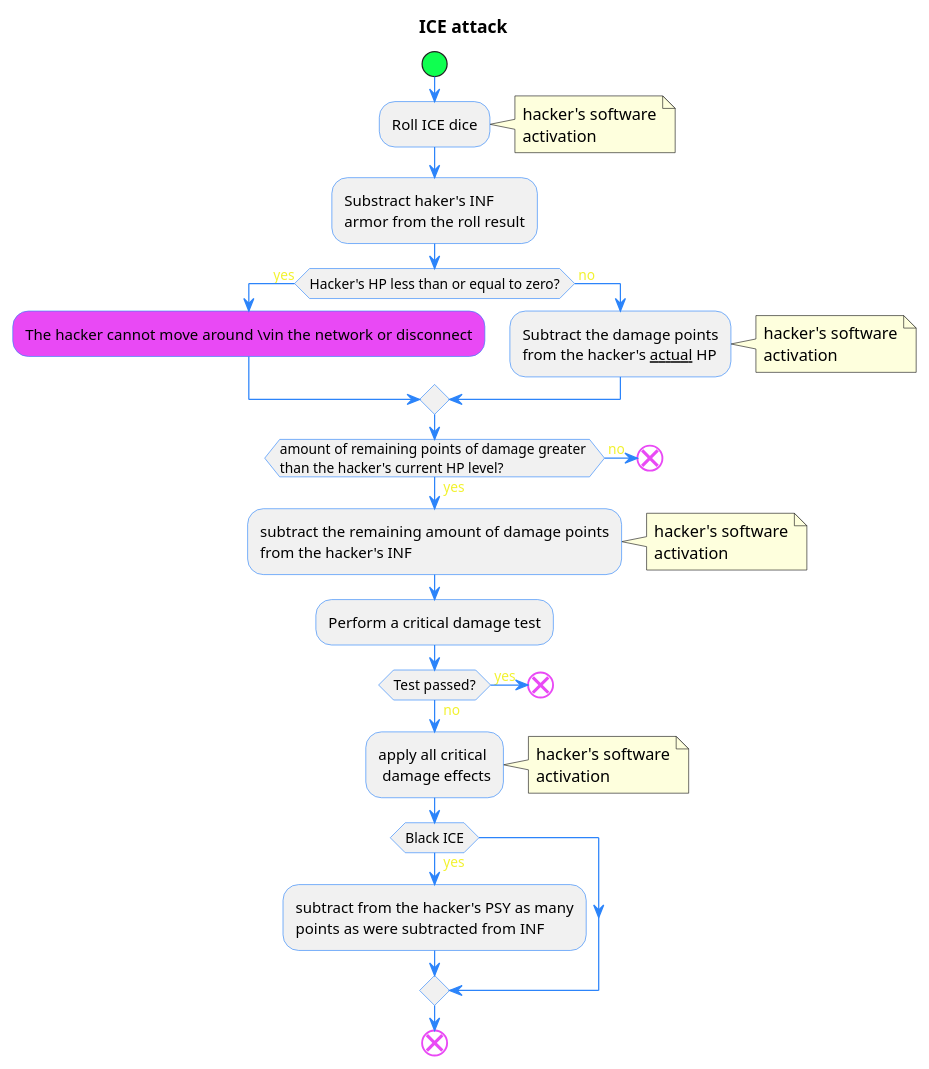
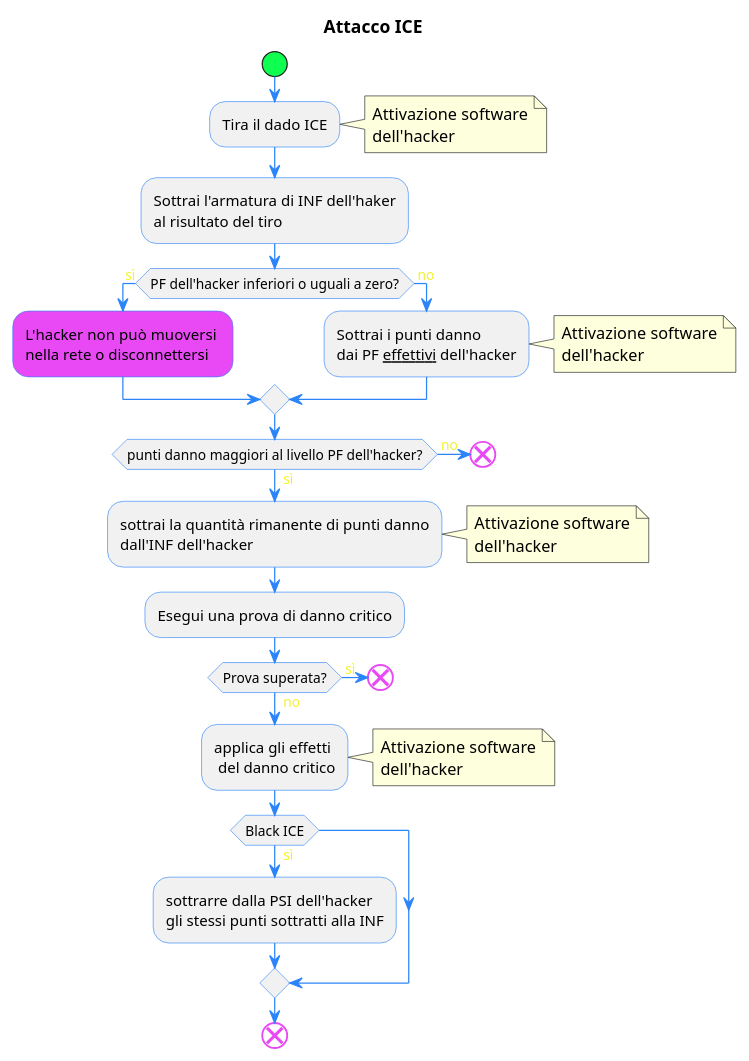
One commit to Italian-Translation-Alliance/cyber-ita changed the fifth of 5 diagrams in datapack/algorithms.plantuml. Above: the diagram before and after it, drawn with PlantUML. The commit also changed other lines of this file and 18 other files, not shown here.

```diff
--- a/datapack/algorithms.plantuml
+++ b/datapack/algorithms.plantuml
@@ -274,58 +273,56 @@
-@startuml "ICE attack"
-title "ICE attack"
+@startuml "Attacco ICE"
+title "Attacco ICE"
 skinparam defaultFontName Oxanium
 skinparam activity {
   StartColor #0fff50
   BarColor #2c84fa
   EndColor #e949f5
   BorderColor #2c84fa
   ArrowColor #2c84fa
   FontName Oxanium
 }
 start
-:Roll ICE dice;
+:Tira il dado ICE;
 note right
-hacker's software
-activation
+Attivazione software
+dell'hacker
 endnote 
-:Substract haker's INF
-armor from the roll result;
+:Sottrai l'armatura di INF dell'haker
+al risultato del tiro;
 
-if (Hacker's HP less than or equal to zero?) then (<color:#f2f230> yes)
-#e949f5 :The hacker cannot move around \vin the network or disconnect;
+if (PF dell'hacker inferiori o uguali a zero?) then (<color:#f2f230> sì)
+#e949f5 :L'hacker non può muoversi \nnella rete o disconnettersi;
 else (<color:#f2f230> no)
- :Subtract the damage points 
- from the hacker's __actual__ HP;
+ :Sottrai i punti danno
+ dai PF __effettivi__ dell'hacker;
  note right
-hacker's software
-activation
+Attivazione software
+dell'hacker
  endnote
 endif
-if (amount of remaining points of damage greater 
-than the hacker's current HP level?) then (<color:#f2f230> yes)
-:subtract the remaining amount of damage points 
-from the hacker's INF;
+if (punti danno maggiori al livello PF dell'hacker?) then (<color:#f2f230> sì)
+:sottrai la quantità rimanente di punti danno
+dall'INF dell'hacker;
 note right
-hacker's software
-activation
+  Attivazione software
+  dell'hacker
 endnote
-:Perform a critical damage test;
-if (Test passed?) then (<color:#f2f230> yes)
+:Esegui una prova di danno critico;
+if (Prova superata?) then (<color:#f2f230> sì)
   end
 else (<color:#f2f230> no)
-  :apply all critical
-   damage effects;
+  :applica gli effetti \n del danno critico;
   note right
-  hacker's software
-  activation
+  Attivazione software
+  dell'hacker
   endnote
-  if (Black ICE) then (<color:#f2f230> yes)
-  :subtract from the hacker's PSY as many 
-  points as were subtracted from INF;
+  if (Black ICE) then (<color:#f2f230> sì)
+  :sottrarre dalla PSI dell'hacker 
+  gli stessi punti sottratti alla INF;
   endif
 endif
 else (<color:#f2f230> no)
  end
 endif
 end
 @enduml
```
